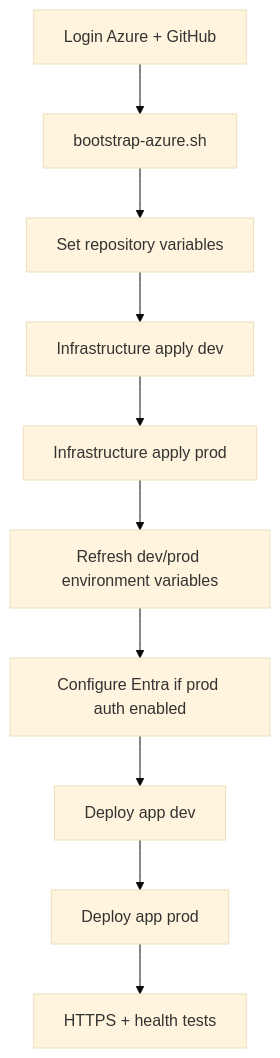
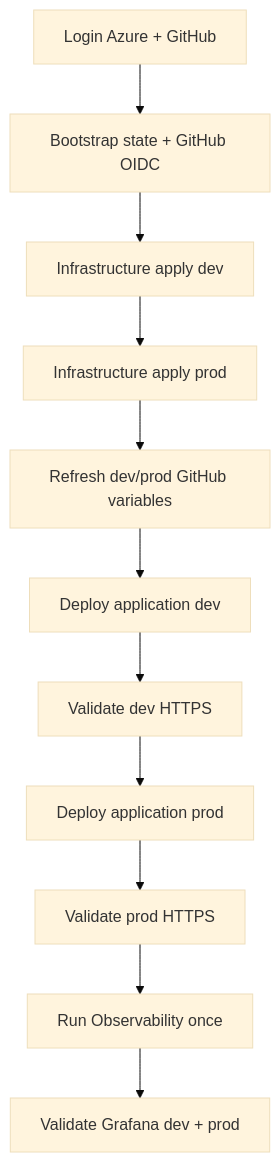
The diagram in wiki/Rebuild-Guide.md (Fadi-Bedrossian/quiz_app), drawn with Mermaid (base theme) before and after one commit. The commit also changed other lines of this file and 6 other files, not shown here.

First line of the commit message:
Refresh wiki and docs for current architecture

````diff
--- a/wiki/Rebuild-Guide.md
+++ b/wiki/Rebuild-Guide.md
@@ -9,12 +9,13 @@
 ```mermaid
 flowchart TD
-    LOGIN[Login Azure + GitHub] --> BOOT[bootstrap-azure.sh]
-    BOOT --> VARS[Set repository variables]
-    VARS --> DEVINFRA[Infrastructure apply dev]
+    LOGIN[Login Azure + GitHub] --> BOOT[Bootstrap state + GitHub OIDC]
+    BOOT --> DEVINFRA[Infrastructure apply dev]
     DEVINFRA --> PRODINFRA[Infrastructure apply prod]
-    PRODINFRA --> ENVVARS[Refresh dev/prod environment variables]
-    ENVVARS --> ENTRA[Configure Entra if prod auth enabled]
-    ENTRA --> DEVAPP[Deploy app dev]
-    DEVAPP --> PRODAPP[Deploy app prod]
-    PRODAPP --> TEST[HTTPS + health tests]
+    PRODINFRA --> VARS[Refresh dev/prod GitHub variables]
+    VARS --> DEVAPP[Deploy application dev]
+    DEVAPP --> DEVTEST[Validate dev HTTPS]
+    DEVTEST --> PRODAPP[Deploy application prod]
+    PRODAPP --> PRODTEST[Validate prod HTTPS]
+    PRODTEST --> OBS[Run Observability once]
+    OBS --> GRAFANA[Validate Grafana dev + prod]
 ```
````
